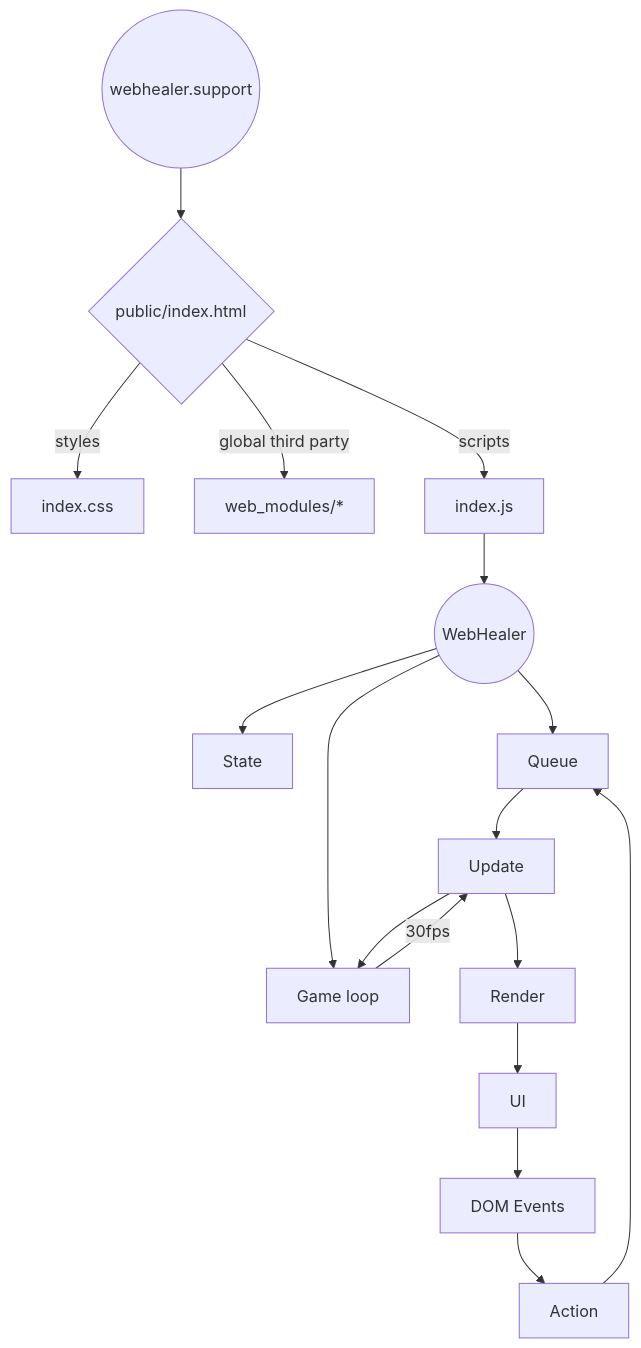
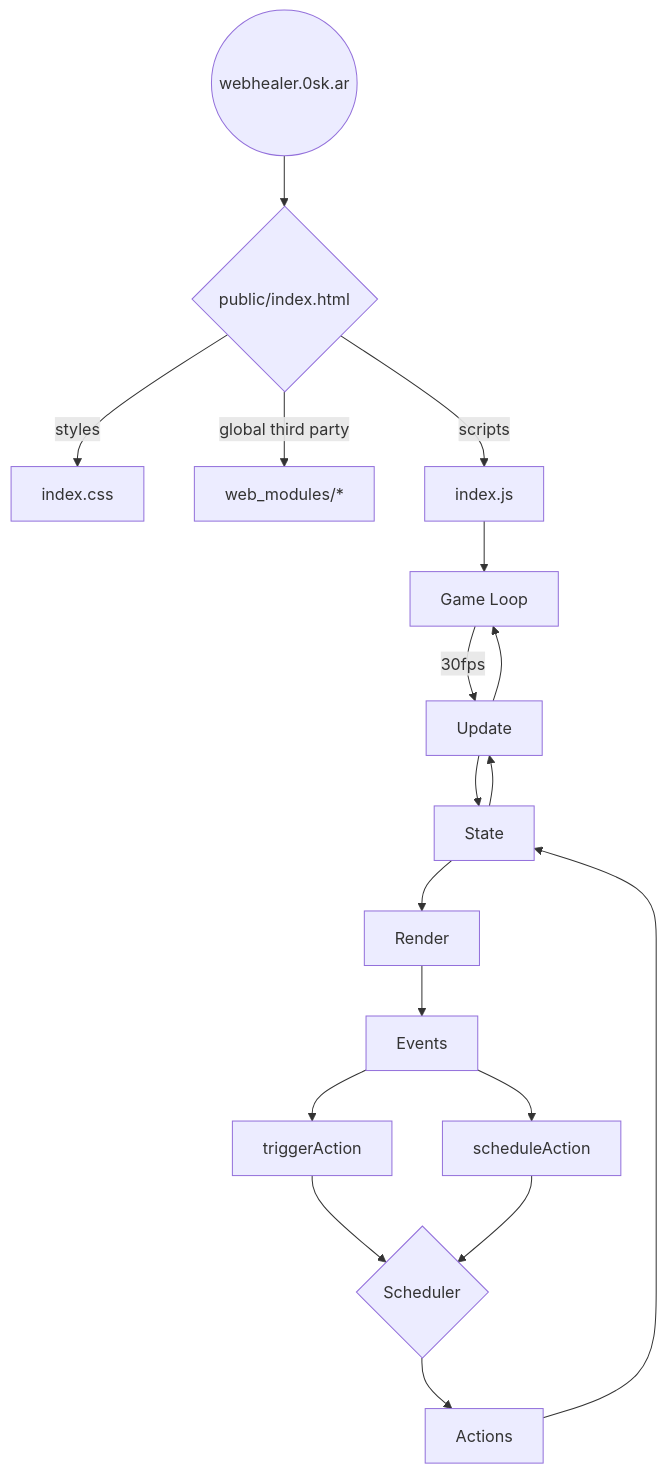
Before and after one commit to oskarrough/webhealer: the diagram in README.md, drawn with Mermaid.

````diff
--- a/README.md
+++ b/README.md
@@ -48,15 +48,8 @@
 ```mermaid
 graph
-    www((webhealer.support)) --> html{public/index.html}
+    www((webhealer.0sk.ar)) --> html{public/index.html}
     html -->|styles| css[index.css]
     html -->|global third party| deps[web_modules/*]
-    html -->|scripts| js[index.js] -->  w((WebHealer))
-    w --> State
-    w --> Queue
-    w --> Loop[Game loop] --> |30fps| Update --> Render --> UI
-
-    Update --> Loop
-    Queue --> Update
-
-    UI --> Events[DOM Events] --> Action --> Queue
+    html -->|scripts| js[index.js] --> Loop[Game Loop] --> |30fps| Update --> Loop
+    State --> Update --> State --> Render --> Events --> triggerAction & scheduleAction --> Scheduler{Scheduler} -->  Actions --> State
 ```
````
